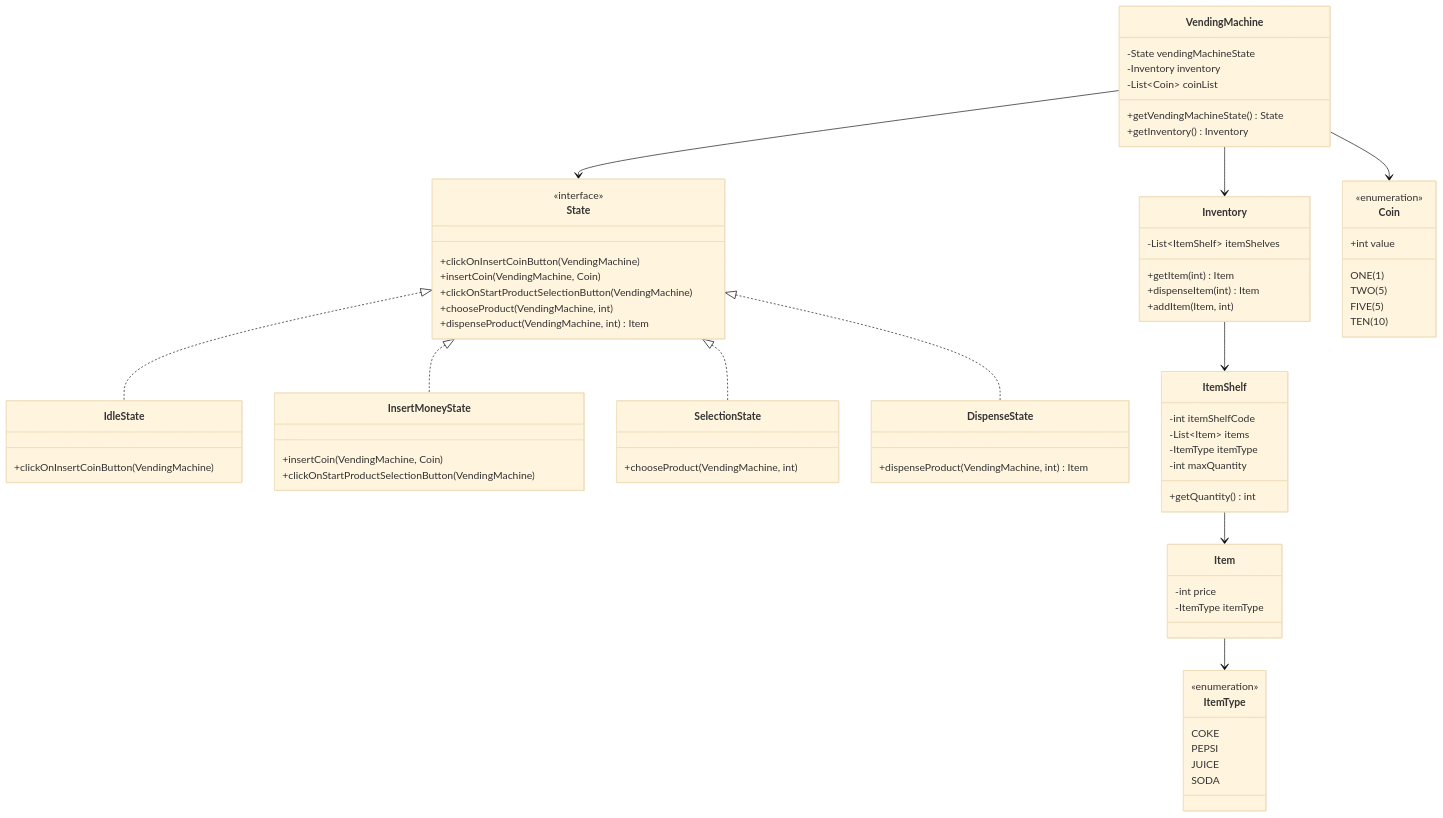
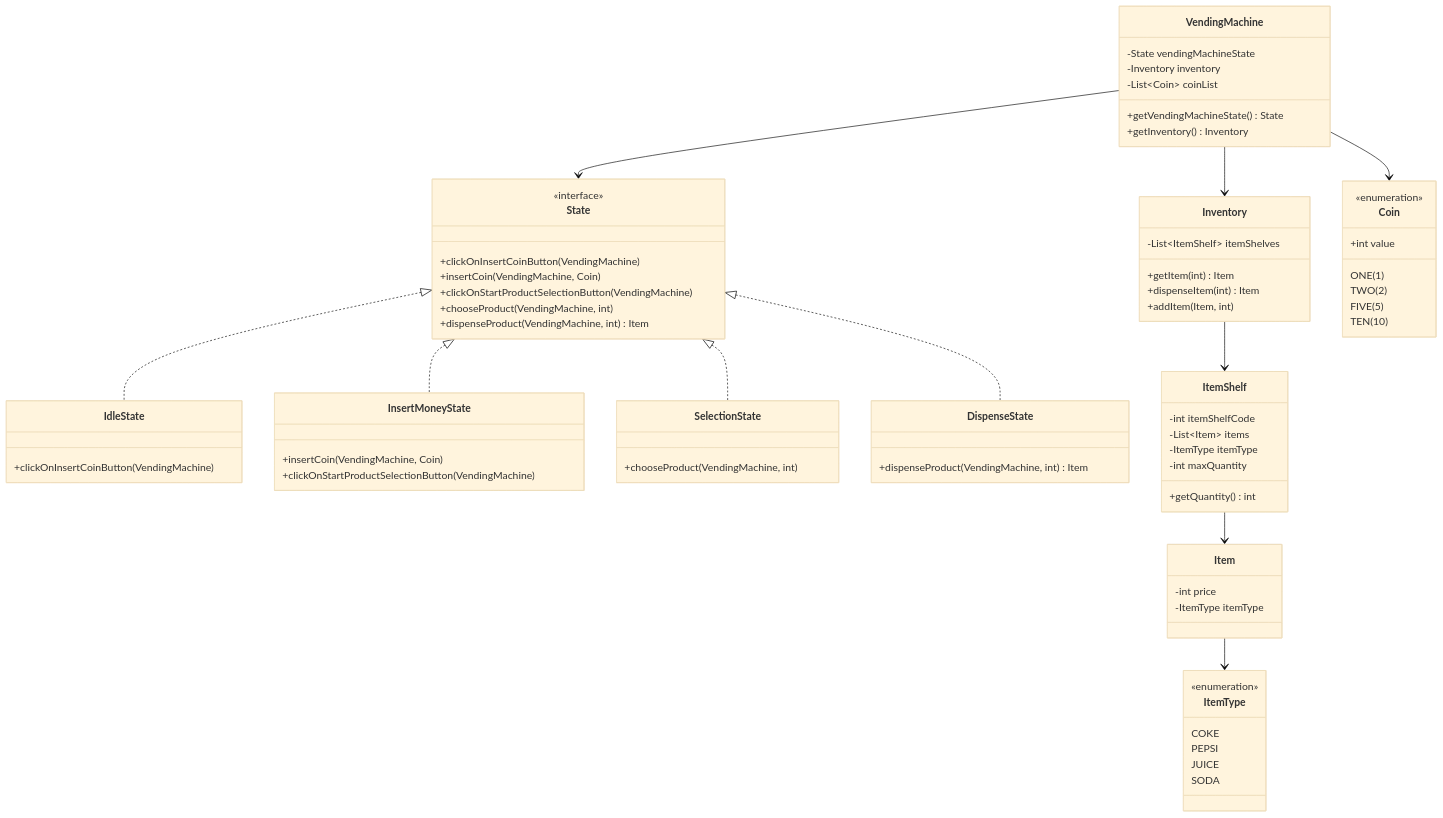
Before and after one commit to deepak07031999/VendingMachine: the diagram in README.md, drawn with Mermaid (base theme). The commit also changed other lines of this file, not shown here.

```diff
--- a/README.md
+++ b/README.md
@@ -87,7 +87,7 @@
     class Coin {
         <<enumeration>>
         ONE(1)
-        TWO(5)
+        TWO(2)
         FIVE(5)
         TEN(10)
         +int value
```
